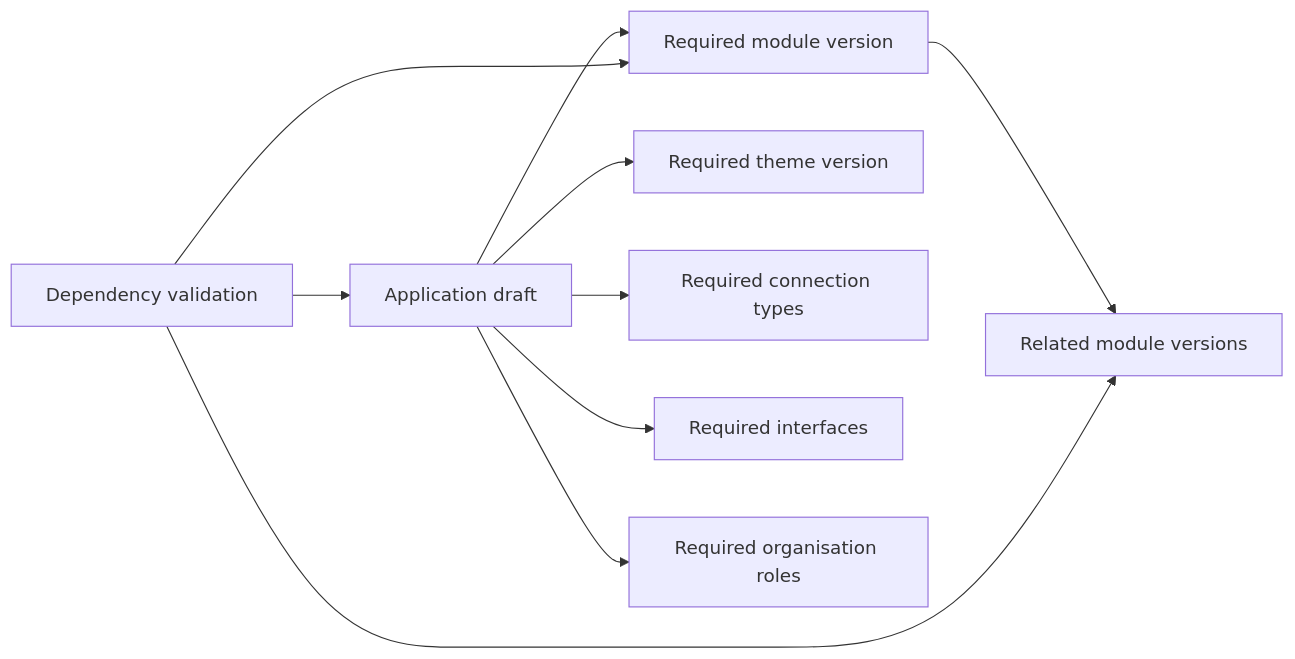
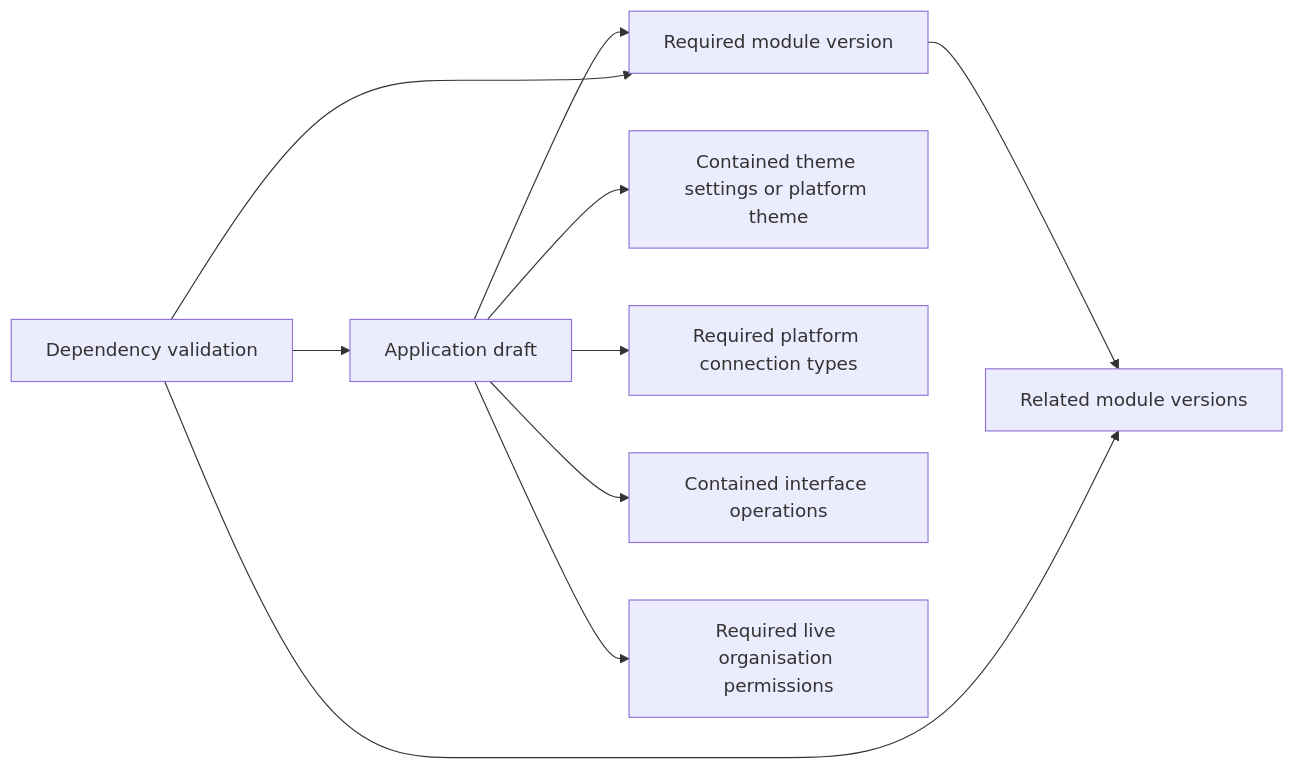
Before and after one commit to Abzum-NZ/Abzum-Vortex: the third of 3 diagrams in docs/specification/03-composition-and-publication.md, drawn with Mermaid. The commit also changed other lines of this file and 27 other files, not shown here.

````diff
--- a/docs/specification/03-composition-and-publication.md
+++ b/docs/specification/03-composition-and-publication.md
@@ -88,12 +86,12 @@
 ```mermaid
 flowchart LR
     APP[Application draft] --> MOD[Required module version]
-    APP --> THEME[Required theme version]
-    APP --> CONN[Required connection types]
-    APP --> API[Required interfaces]
-    APP --> ROLE[Required organisation roles]
+    APP --> THEME[Contained theme settings or platform theme]
+    APP --> CONN[Required platform connection types]
+    APP --> API[Contained interface operations]
+    APP --> ROLE[Required live organisation permissions]
     MOD --> MOD2[Related module versions]
     GRAPH[Dependency validation] --> APP
     GRAPH --> MOD
     GRAPH --> MOD2
 ```
````
